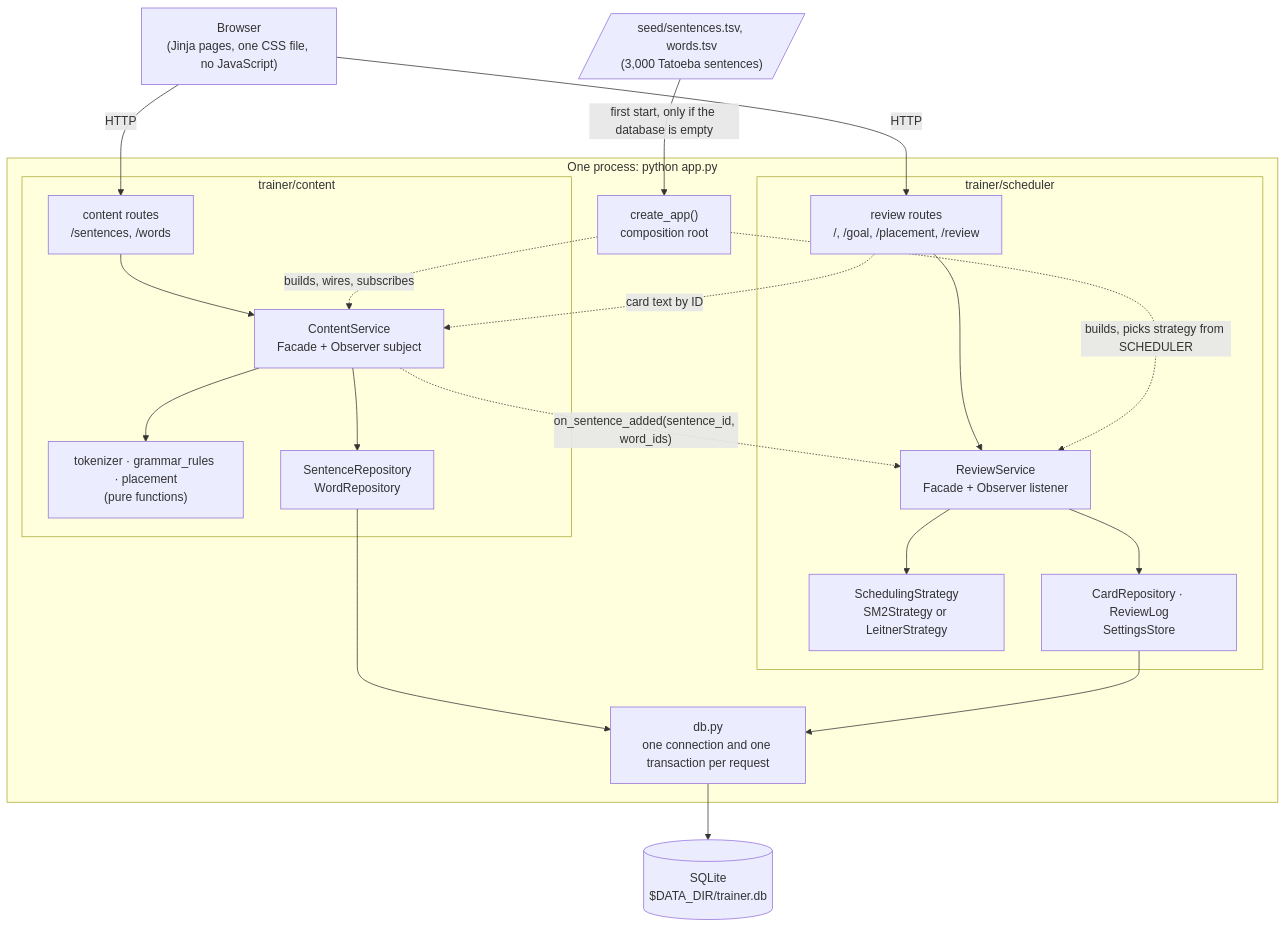
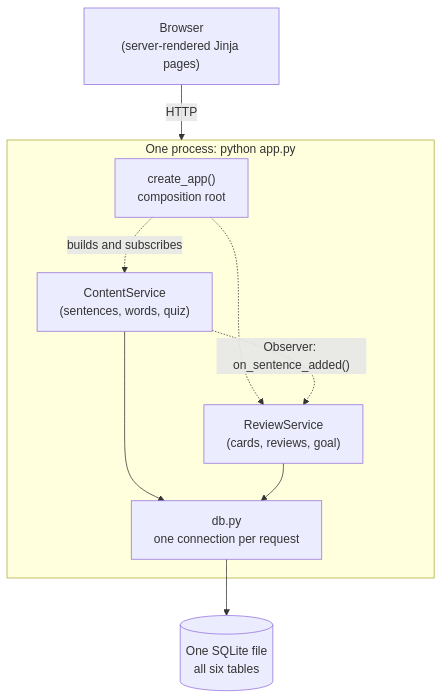
Before and after one commit to Allaawii/devops_individual_assignment_1: the first of 6 diagrams in docs/diagrams.md, drawn with Mermaid. The commit also changed other lines of this file and 1 other file, not shown here.

Commit message:
Rewrite the README for the two services (compose, one service alone, tests, migrations, CI/CD jobs, Azure resources and the one-time setup) and the diagrams (before and after architecture, deployment, the pull, content down, one database per service)

````diff
--- a/docs/diagrams.md
+++ b/docs/diagrams.md
@@ -10,44 +7,21 @@
 ```mermaid
 flowchart TB
-    browser["Browser<br/>(Jinja pages, one CSS file, no JavaScript)"]
+    browser["Browser<br/>(server-rendered Jinja pages)"]
 
     subgraph process["One process: python app.py"]
         root["create_app()<br/>composition root"]
-
-        subgraph content["trainer/content"]
-            content_routes["content routes<br/>/sentences, /words"]
-            content_service["ContentService<br/>Facade + Observer subject"]
-            helpers["tokenizer · grammar_rules · placement<br/>(pure functions)"]
-            content_repos["SentenceRepository<br/>WordRepository"]
-        end
-
-        subgraph scheduler["trainer/scheduler"]
-            review_routes["review routes<br/>/, /goal, /placement, /review"]
-            review_service["ReviewService<br/>Facade + Observer listener"]
-            strategy["SchedulingStrategy<br/>SM2Strategy or LeitnerStrategy"]
-            scheduler_repos["CardRepository · ReviewLog<br/>SettingsStore"]
-        end
-
-        db["db.py<br/>one connection and one transaction per request"]
+        content_service["ContentService<br/>(sentences, words, quiz)"]
+        review_service["ReviewService<br/>(cards, reviews, goal)"]
+        db["db.py<br/>one connection per request"]
     end
 
-    sqlite[("SQLite<br/>$DATA_DIR/trainer.db")]
-    seed[/"seed/sentences.tsv, words.tsv<br/>(3,000 Tatoeba sentences)"/]
+    sqlite[("One SQLite file<br/>all six tables")]
 
-    browser -->|HTTP| content_routes
-    browser -->|HTTP| review_routes
-    content_routes --> content_service
-    review_routes --> review_service
-    review_routes -.->|"card text by ID"| content_service
-    content_service --> helpers
-    content_service --> content_repos
-    content_service -.->|"on_sentence_added(sentence_id, word_ids)"| review_service
-    review_service --> strategy
-    review_service --> scheduler_repos
-    content_repos --> db
-    scheduler_repos --> db
+    browser -->|HTTP| process
+    root -.->|"builds and subscribes"| content_service
+    root -.-> review_service
+    content_service -.->|"Observer: on_sentence_added()"| review_service
+    content_service --> db
+    review_service --> db
     db --> sqlite
-    root -.->|"builds, wires, subscribes"| content_service
-    root -.->|"builds, picks strategy from SCHEDULER"| review_service
-    seed -->|"first start, only if the database is empty"| root
 ```
````
